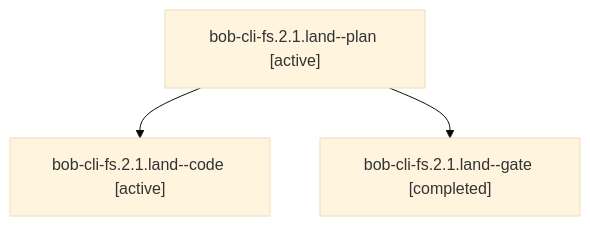
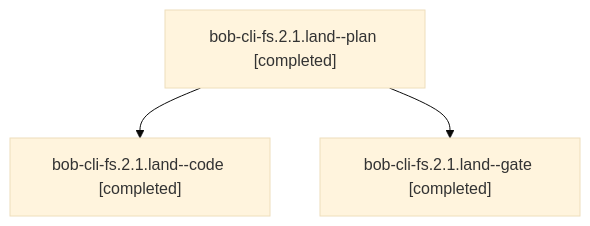
Before and after one commit to bobs-org/bob-cli--agents: the diagram in sessions/bbugyi200.athena.bob-cli-fs.2.1.land.md, drawn with Mermaid (base theme). The commit also changed other lines of this file and 65 other files, not shown here.

````diff
--- a/sessions/bbugyi200.athena.bob-cli-fs.2.1.land.md
+++ b/sessions/bbugyi200.athena.bob-cli-fs.2.1.land.md
@@ -9,8 +9,8 @@
 ```mermaid
 flowchart TD
-  n0["bob-cli-fs.2.1.land--plan [active]"]
-  n1["bob-cli-fs.2.1.land--code [active]"]
+  n0["bob-cli-fs.2.1.land--plan [completed]"]
+  n1["bob-cli-fs.2.1.land--code [completed]"]
   n0 --> n1
   n2["bob-cli-fs.2.1.land--gate [completed]"]
   n0 --> n2
 ```
````
